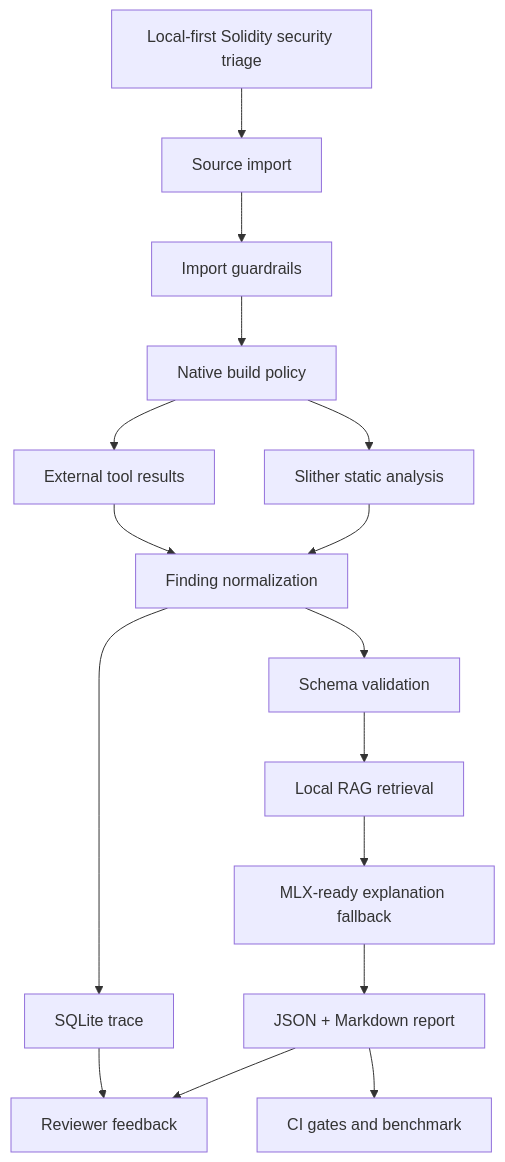
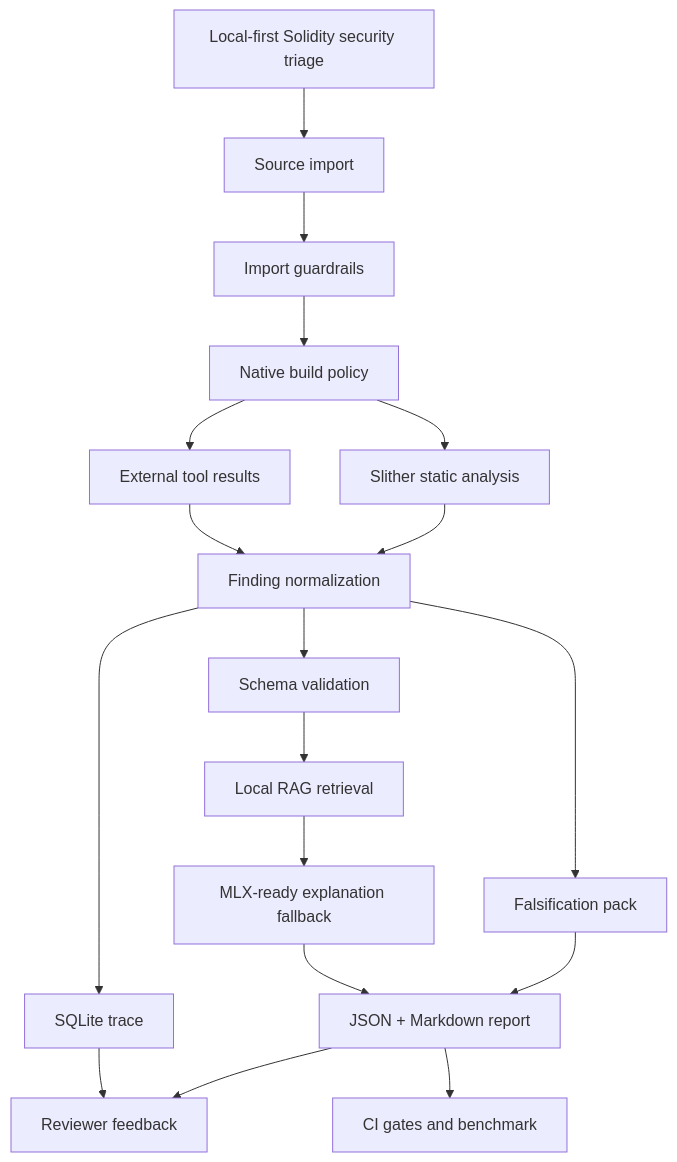
The diagram in docs/knowledge-graph.md (Eskasia/smart-contract-security-assistant), drawn with Mermaid before and after one commit. The commit also changed other lines of this file and 5 other files, not shown here.

Commit message:
docs: sync falsification pack knowledge

````diff
--- a/docs/knowledge-graph.md
+++ b/docs/knowledge-graph.md
@@ -14,18 +14,20 @@
 ```mermaid
 graph TD
   Goal["Local-first Solidity security triage"] --> Source["Source import"]
   Source --> Guardrails["Import guardrails"]
   Guardrails --> Policy["Native build policy"]
   Policy --> Slither["Slither static analysis"]
   Policy --> External["External tool results"]
   Slither --> Normalize["Finding normalization"]
   External --> Normalize
+  Normalize --> Falsification["Falsification pack"]
   Normalize --> Schema["Schema validation"]
   Schema --> RAG["Local RAG retrieval"]
   RAG --> Generation["MLX-ready explanation fallback"]
+  Falsification --> Report["JSON + Markdown report"]
   Generation --> Report["JSON + Markdown report"]
   Normalize --> Trace["SQLite trace"]
   Report --> Review["Reviewer feedback"]
   Trace --> Review
   Report --> CI["CI gates and benchmark"]
 ```
````
